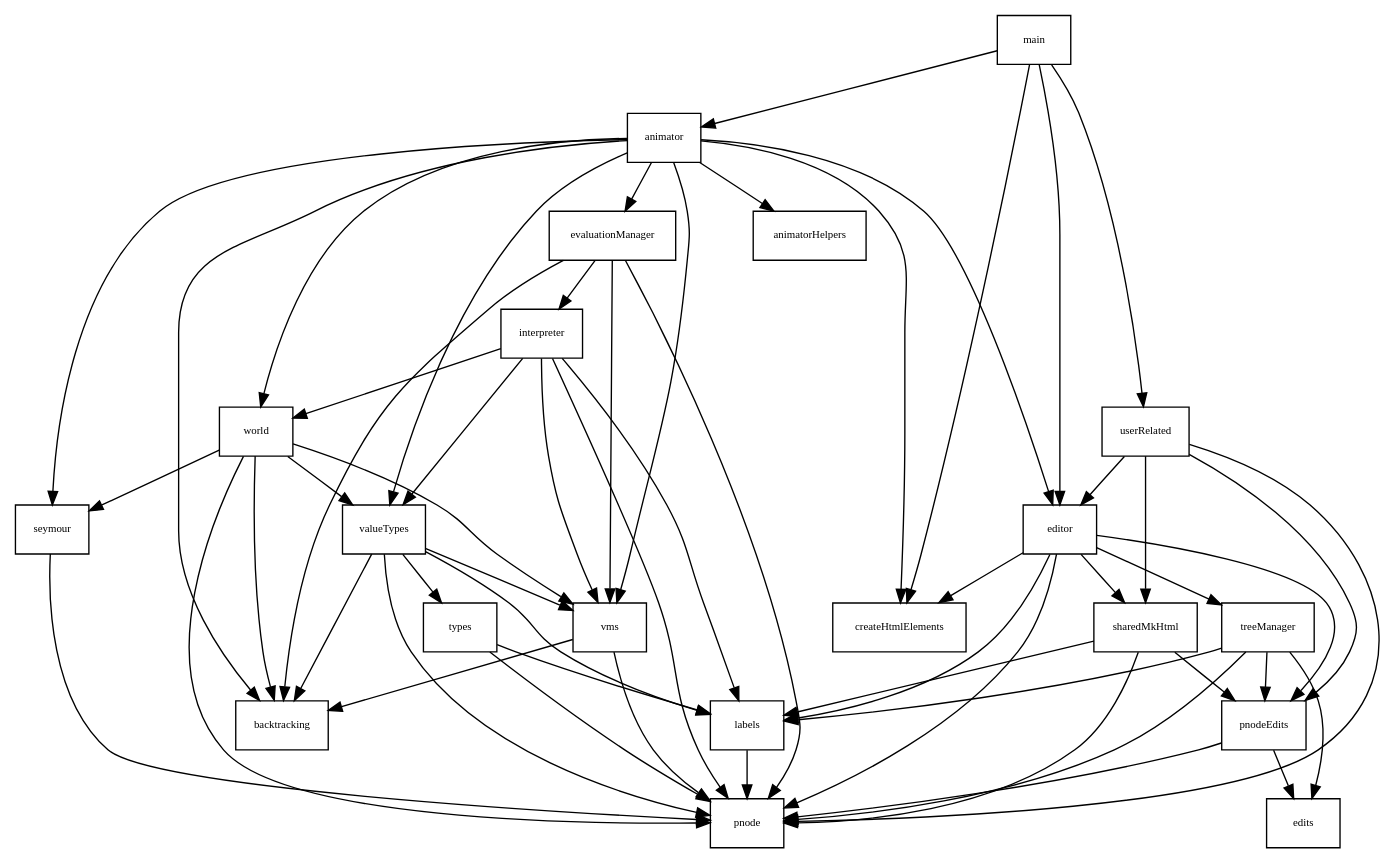
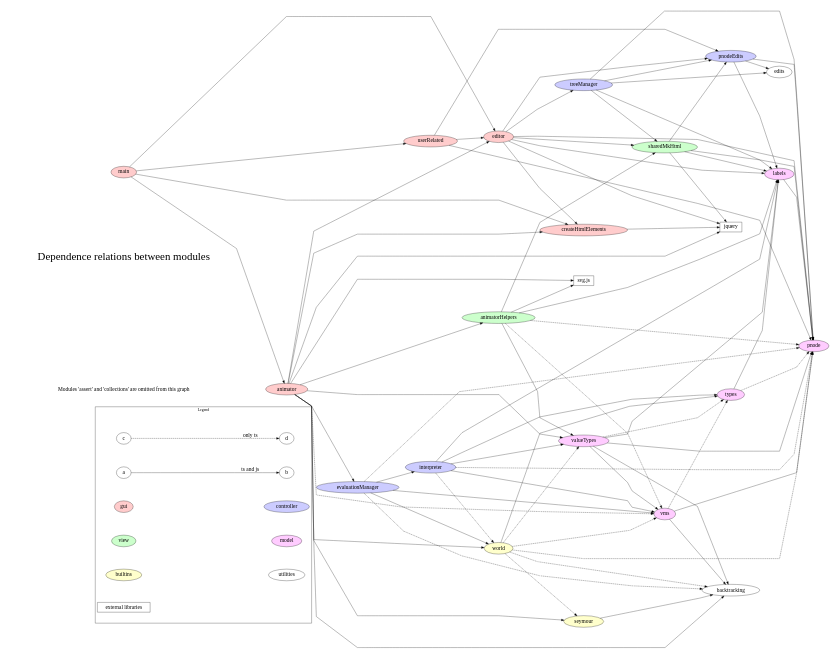
One commit to theodore-norvell/PLAAY changed the diagram in typescriptSrc/dependence.gv. Above: the diagram before and after it, drawn with Graphviz. The commit also changed 11 other files, not shown here.

```diff
--- a/typescriptSrc/dependence.gv
+++ b/typescriptSrc/dependence.gv
@@ -1,79 +1,154 @@
+
 digraph Depends {
+    size="9,6.5" ;
+    splines="polyline" ;
+    nodesep=0.2 ;
+    ranksep=0.2 ;
+   ratio=fill;
+   rankdir = LR ;
+   node[fontsize=20];
 
-   gsize="8,6"; ratio=fill;
-   node[fontsize=8, shape=rectangle];
+   subgraph cluster1 {
+        label = "Legend" ;
+        shape=rectangle ;
+        color = black ;
+        c -> d [label="only ts", style=dashed, fontsize=20] ; 
+        a -> b [label="ts and js", fontsize=20] ;
+        gui -> controller [style=invis] ;
+        view -> model [style=invis] ;
+        builtins -> utilities [style=invis] ;
+        
+        gui [style=filled, fillcolor="#ffcccc"] ;
+        controller [style=filled, fillcolor="#ccccff"] ;
+        view [style=filled, fillcolor="#ccffcc"] ;
+        model [style=filled, fillcolor="#ffccff"] ;
+        builtins [style=filled, fillcolor="#ffffcc"] ;
+        utilities ;
+        "external libraries" [shape=rectangle] ;
 
+    }
 
-   animator -> animatorHelpers ;
+   utils [label="Modules 'assert' and 'collections' are omitted from this graph",
+              shape=none] ;
+   caption [ label="Dependence relations between modules", fontsize=40,
+              pos="1,1!", shape=none] ;
+
+    main [style=filled, fillcolor="#ffcccc"] ;
+    editor [style=filled, fillcolor="#ffcccc"] ;
+    animator [style=filled, fillcolor="#ffcccc"] ;
+    createHtmlElements [style=filled, fillcolor="#ffcccc"] ;
+    userRelated [style=filled, fillcolor="#ffcccc" ] ;
+    
+    evaluationManager [style=filled, fillcolor="#ccccff"] ;
+    interpreter [style=filled, fillcolor="#ccccff"] ;
+    treeManager [style=filled, fillcolor="#ccccff"] ;
+    pnodeEdits [style=filled, fillcolor="#ccccff"] ;
+    
+    sharedMkHtml [style=filled, fillcolor="#ccffcc"] ;
+    animatorHelpers [style=filled, fillcolor="#ccffcc"] ;
+
+    vms [style=filled, fillcolor="#ffccff"] ;
+    valueTypes [style=filled, fillcolor="#ffccff"] ;
+    types [style=filled, fillcolor="#ffccff"] ;
+    labels [style=filled, fillcolor="#ffccff"] ;
+    pnode [style=filled, fillcolor="#ffccff"] ;
+
+    world [style=filled, fillcolor="#ffffcc"] ;
+    seymour [style=filled, fillcolor="#ffffcc"] ;
+    
+   animator -> animatorHelpers  ;
    animator -> backtracking ;
    animator -> createHtmlElements ;
    animator -> editor ;
    animator -> evaluationManager ;
    animator -> seymour ;
    animator -> valueTypes ;
-   animator -> vms ;
    animator -> world ;
+   animator -> vms [style=dashed] ;
+   animator -> svg ;
+   animator -> jquery ;
+
+   animatorHelpers -> labels ;
+   animatorHelpers -> pnode [style=dashed] ;
+   animatorHelpers -> sharedMkHtml ;
+   animatorHelpers -> valueTypes ;
+   animatorHelpers -> vms [style=dashed];
+   animatorHelpers -> svg ;
+   
+   createHtmlElements -> jquery ;
 
    editor -> createHtmlElements ;
    editor -> labels ;
-   editor -> pnode ;
+   editor -> pnode  ;
    editor -> pnodeEdits ;
    editor -> sharedMkHtml ;
    editor -> treeManager ;
+   editor -> jquery ;
 
-   evaluationManager -> backtracking ;
+   evaluationManager -> backtracking  [style=dashed];
    evaluationManager -> interpreter ;
-   evaluationManager -> pnode ;
+   evaluationManager -> pnode  [style=dashed];
    evaluationManager -> vms ;
+   evaluationManager -> world ;
 
    interpreter -> labels ;
-   interpreter -> pnode ;
+   interpreter -> pnode  [style=dashed];
+   interpreter -> types ;
    interpreter -> valueTypes ;
    interpreter -> vms ;
-   interpreter -> world ;
+   interpreter -> world  [style=dashed];
 
+    jquery [shape=rectangle]
+    
    labels -> pnode ;
 
+   main -> animator ;
    main -> createHtmlElements ;
-   main -> animator ;
    main -> editor ;
    main -> userRelated ;
 
    pnodeEdits -> edits ;
    pnodeEdits -> pnode ;
+   pnodeEdits -> labels ;
+   
+   types -> pnode [style=dashed];
+   types -> labels ;
 
-   seymour -> pnode ;
+   seymour -> backtracking ;
 
    sharedMkHtml -> labels ;
    sharedMkHtml -> pnode ;
    sharedMkHtml -> pnodeEdits ;
+   sharedMkHtml -> jquery ;
+
+   svg [label="svg.js", shape=rectangle] ;
 
    treeManager -> edits ;
    treeManager -> labels ;
    treeManager -> pnode ;
    treeManager -> pnodeEdits ;
+   treeManager -> sharedMkHtml ;
 
    userRelated -> editor ;
    userRelated -> pnodeEdits ;
    userRelated -> pnode ;
-   userRelated -> sharedMkHtml ;
    
    valueTypes -> backtracking ;
    valueTypes -> labels ;
    valueTypes -> pnode ;
+   valueTypes -> types  [style=dashed];
    valueTypes -> vms ;
-   valueTypes -> types ;
-   
-   types -> pnode ;
-   types -> labels ;
 
    
    vms -> backtracking
    vms -> pnode ;
+   vms -> types  [style=dashed];
 
-   world -> backtracking ;
-   world -> pnode ;
-   world -> seymour ;
-   world -> valueTypes ;
-   world -> vms ;
+   world -> backtracking  [style=dashed];
+   world -> pnode  [style=dashed];
+   world -> seymour  [style=dashed];
+   world -> types ;
+   world -> valueTypes  [style=dashed];
+   world -> vms  [style=dashed];
+   
 }
```
